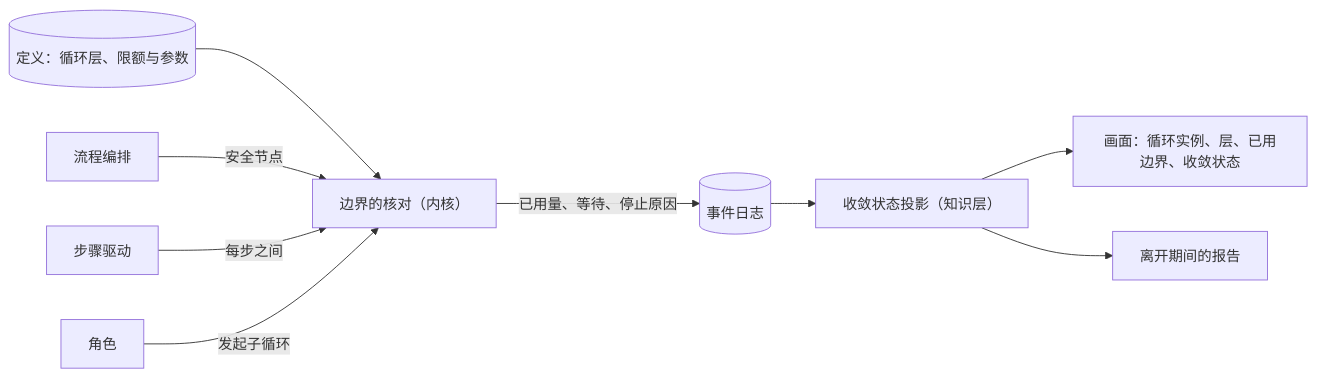
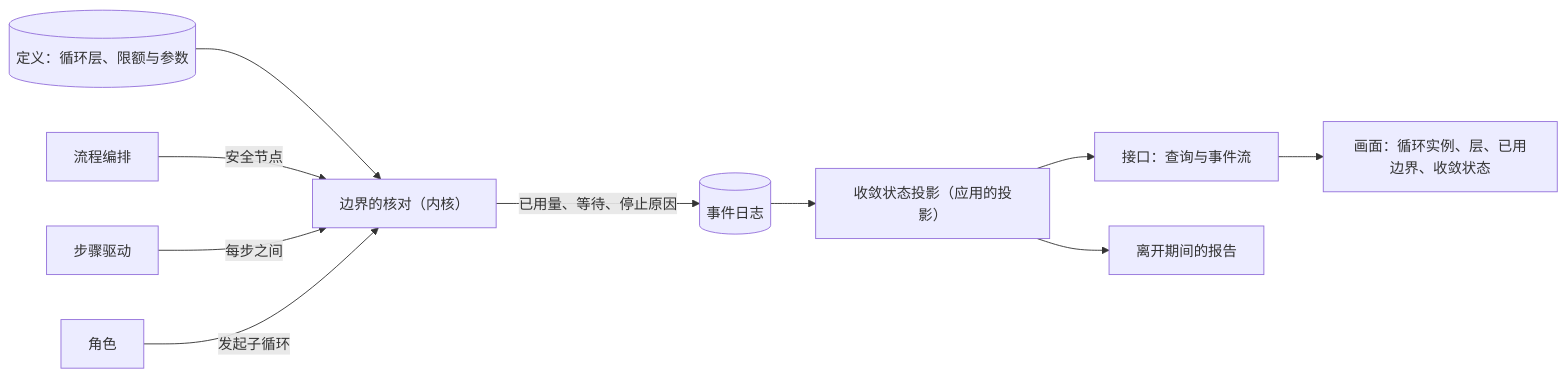
The second of 2 diagrams in docs/design/loops-and-convergence.md (bender2333/yudao), drawn with Mermaid before and after one commit. The commit also changed other lines of this file and 183 other files, not shown here.

````diff
--- a/docs/design/loops-and-convergence.md
+++ b/docs/design/loops-and-convergence.md
@@ -181,11 +181,12 @@
 ```mermaid
 flowchart LR
   Defs[("定义：循环层、限额与参数")] --> Bound["边界的核对（内核）"]
   Orch["流程编排"] -->|"安全节点"| Bound
   Step["步骤驱动"] -->|"每步之间"| Bound
   Role["角色"] -->|"发起子循环"| Bound
   Bound -->|"已用量、等待、停止原因"| Log[("事件日志")]
-  Log --> Conv["收敛状态投影（知识层）"]
-  Conv --> View["画面：循环实例、层、已用边界、收敛状态"]
+  Log --> Conv["收敛状态投影（应用的投影）"]
+  Conv --> Api["接口：查询与事件流"]
+  Api --> View["画面：循环实例、层、已用边界、收敛状态"]
   Conv --> Report["离开期间的报告"]
 ```
````
